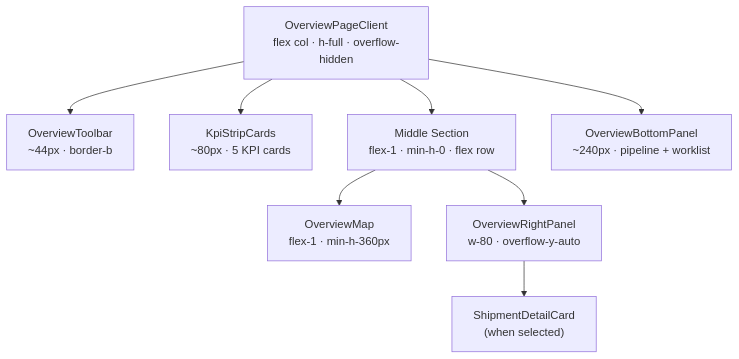
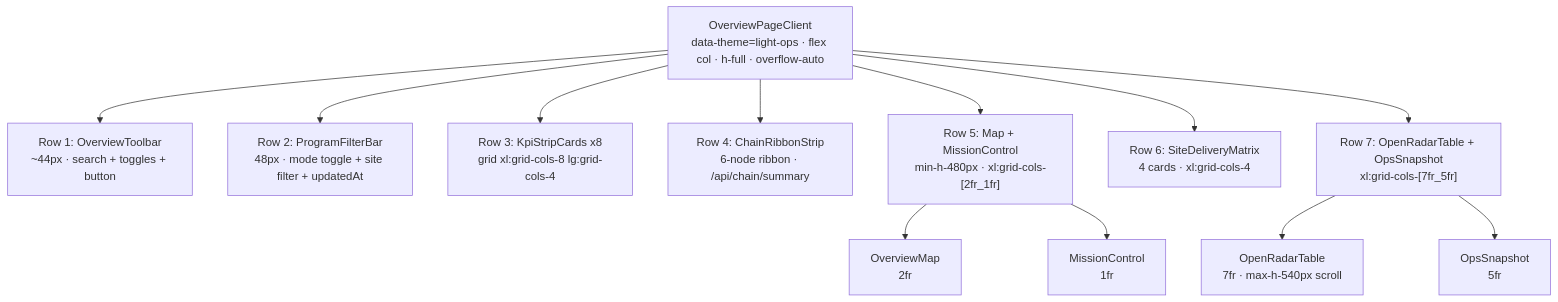
One commit to macho715/logi_hvdc_dash changed the fifth of 14 diagrams in apps/logistics-dashboard/docs/LAYOUT.md. Above: the diagram before and after it, drawn with Mermaid. The commit also changed other lines of this file and 4 other files, not shown here.

````diff
--- a/apps/logistics-dashboard/docs/LAYOUT.md
+++ b/apps/logistics-dashboard/docs/LAYOUT.md
@@ -188,19 +224,27 @@
 ```mermaid
 graph TD
-    OPC["OverviewPageClient\nflex col · h-full · overflow-hidden"]
-    OT["OverviewToolbar\n~44px · border-b"]
-    KSC["KpiStripCards\n~80px · 5 KPI cards"]
-    MID["Middle Section\nflex-1 · min-h-0 · flex row"]
-    MAP["OverviewMap\nflex-1 · min-h-360px"]
-    ORP["OverviewRightPanel\nw-80 · overflow-y-auto"]
-    SDC["ShipmentDetailCard\n(when selected)"]
-    OBP["OverviewBottomPanel\n~240px · pipeline + worklist"]
+    OPC["OverviewPageClient\ndata-theme=light-ops · flex col · h-full · overflow-auto"]
+    R1["Row 1: OverviewToolbar\n~44px · search + toggles + button"]
+    R2["Row 2: ProgramFilterBar\n48px · mode toggle + site filter + updatedAt"]
+    R3["Row 3: KpiStripCards x8\ngrid xl:grid-cols-8 lg:grid-cols-4"]
+    R4["Row 4: ChainRibbonStrip\n6-node ribbon · /api/chain/summary"]
+    R5["Row 5: Map + MissionControl\nmin-h-480px · xl:grid-cols-[2fr_1fr]"]
+    MAP["OverviewMap\n2fr"]
+    MC["MissionControl\n1fr"]
+    R6["Row 6: SiteDeliveryMatrix\n4 cards · xl:grid-cols-4"]
+    R7["Row 7: OpenRadarTable + OpsSnapshot\nxl:grid-cols-[7fr_5fr]"]
+    ORT["OpenRadarTable\n7fr · max-h-540px scroll"]
+    OS["OpsSnapshot\n5fr"]
 
-    OPC --> OT
-    OPC --> KSC
-    OPC --> MID
-    MID --> MAP
-    MID --> ORP
-    ORP --> SDC
-    OPC --> OBP
+    OPC --> R1
+    OPC --> R2
+    OPC --> R3
+    OPC --> R4
+    OPC --> R5
+    R5 --> MAP
+    R5 --> MC
+    OPC --> R6
+    OPC --> R7
+    R7 --> ORT
+    R7 --> OS
 ```
````
